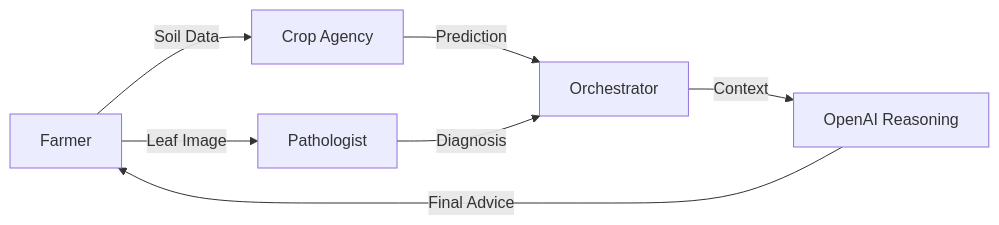
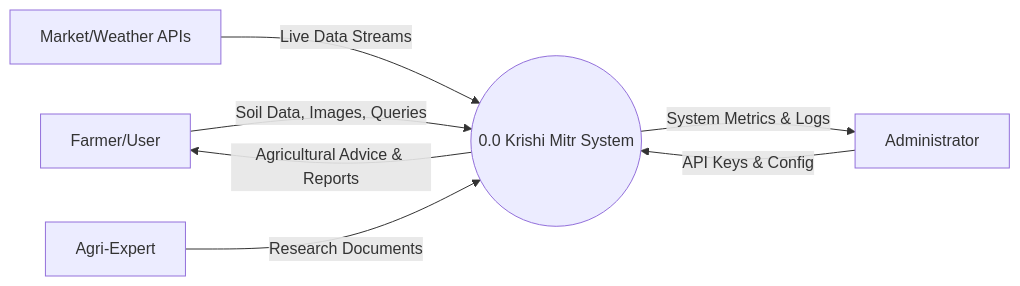
One commit to vannu07/Agro changed the third of 5 diagrams in docs/Detailed_System_Design.md. Above: the diagram before and after it, drawn with Mermaid. The commit also changed other lines of this file, not shown here.

````diff
--- a/docs/Detailed_System_Design.md
+++ b/docs/Detailed_System_Design.md
@@ -92,9 +95,9 @@
 ```mermaid
 graph LR
-    F[Farmer] -- Soil Data --> CA[Crop Agency]
-    CA -- Prediction --> OR[Orchestrator]
-    F -- Leaf Image --> PA[Pathologist]
-    PA -- Diagnosis --> OR
-    OR -- Context --> LLM[OpenAI Reasoning]
-    LLM -- Final Advice --> F
+    User[Farmer/User] -- Soil Data, Images, Queries --> KM((0.0 Krishi Mitr System))
+    KM -- Agricultural Advice & Reports --> User
+    Admin[Administrator] -- API Keys & Config --> KM
+    KM -- System Metrics & Logs --> Admin
+    API[Market/Weather APIs] -- Live Data Streams --> KM
+    Expert[Agri-Expert] -- Research Documents --> KM
 ```
````
